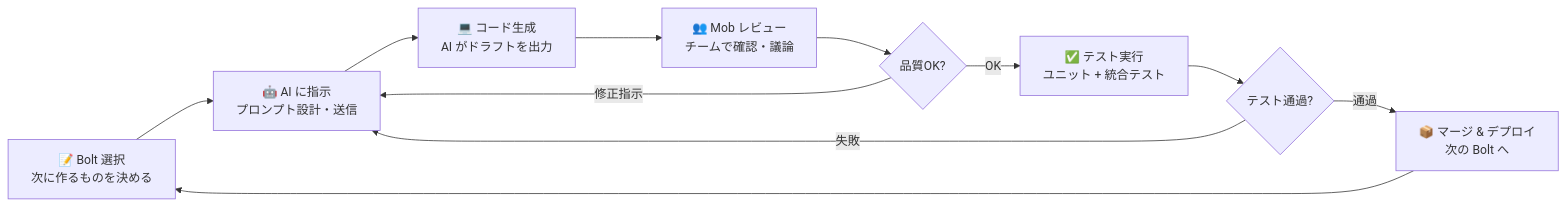
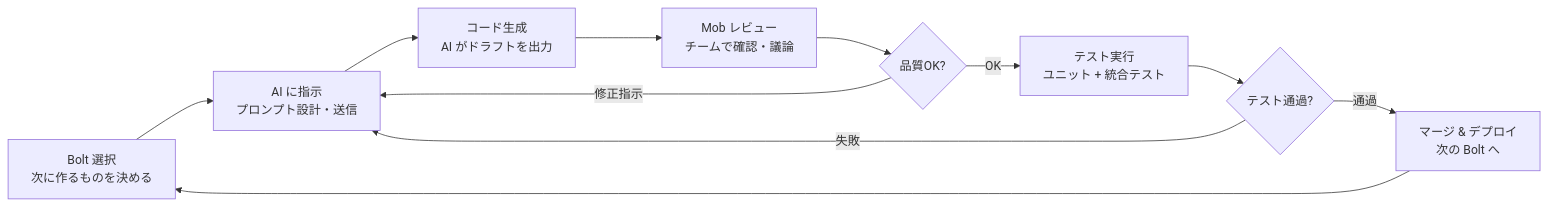
Before and after one commit to pioyan/learn-ai-dlc: the third of 8 diagrams in 03_学習サポート/H_概念図ダイアグラム.md, drawn with Mermaid. The commit also changed other lines of this file and 11 other files, not shown here.

````diff
--- a/03_学習サポート/H_概念図ダイアグラム.md
+++ b/03_学習サポート/H_概念図ダイアグラム.md
@@ -64,13 +64,13 @@
 ```mermaid
 flowchart LR
-    A["📝 Bolt 選択\n次に作るものを決める"] --> B["🤖 AI に指示\nプロンプト設計・送信"]
-    B --> C["💻 コード生成\nAI がドラフトを出力"]
-    C --> D["👥 Mob レビュー\nチームで確認・議論"]
+    A["Bolt 選択\n次に作るものを決める"] --> B["AI に指示\nプロンプト設計・送信"]
+    B --> C["コード生成\nAI がドラフトを出力"]
+    C --> D["Mob レビュー\nチームで確認・議論"]
     D --> E{品質OK?}
     E -- 修正指示 --> B
-    E -- OK --> F["✅ テスト実行\nユニット + 統合テスト"]
+    E -- OK --> F["テスト実行\nユニット + 統合テスト"]
     F --> G{テスト通過?}
     G -- 失敗 --> B
-    G -- 通過 --> H["📦 マージ & デプロイ\n次の Bolt へ"]
+    G -- 通過 --> H["マージ & デプロイ\n次の Bolt へ"]
     H --> A
 ```
````
